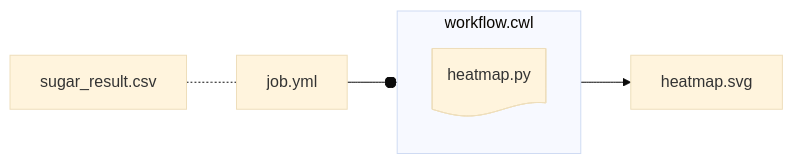
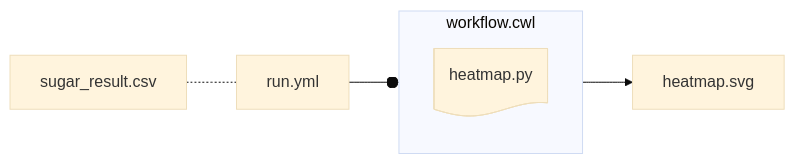
The diagram in src/content/docs/cwl/step-by-step.mdx (nfdi4plants/nfdi4plants.knowledgebase), drawn with Mermaid (base theme) before and after one commit. The commit also changed other lines of this file and 1 other file, not shown here.

Commit message:
rename job.yml to run.yml

````diff
--- a/src/content/docs/cwl/step-by-step.mdx
+++ b/src/content/docs/cwl/step-by-step.mdx
@@ -123,9 +123,9 @@
 ```mermaid
 flowchart LR
 
 subgraph "workflow.cwl"
   py@{ shape: doc, label: "heatmap.py" }
 end
 
-sugar_result.csv -.- job.yml --o workflow.cwl--> heatmap.svg
+sugar_result.csv -.- run.yml --o workflow.cwl--> heatmap.svg
 ```
````
